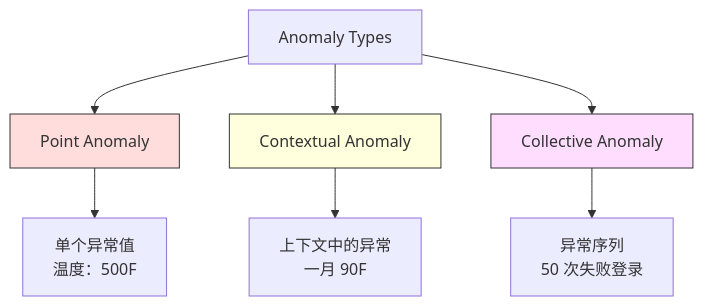
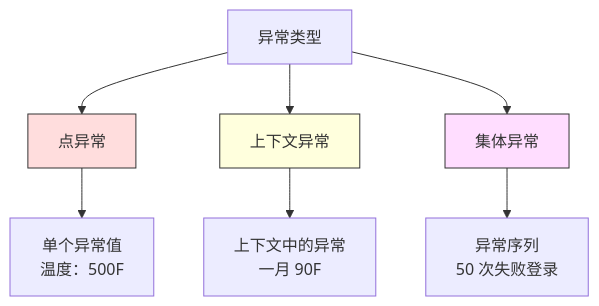
One commit to huangyue12120/Learning-Atlas changed the first of 3 diagrams in content/translations/practice/02-ml-fundamentals/16-anomaly-detection/zh.md. Above: the diagram before and after it, drawn with Mermaid. The commit also changed other lines of this file and 24 other files, not shown here.

Commit message:
fix(reader): localize Mermaid in source content

````diff
--- a/content/translations/practice/02-ml-fundamentals/16-anomaly-detection/zh.md
+++ b/content/translations/practice/02-ml-fundamentals/16-anomaly-detection/zh.md
@@ -48,14 +48,14 @@
 ```mermaid
 flowchart TD
-    A[Anomaly Types] --> B[Point Anomaly]
-    A --> C[Contextual Anomaly]
-    A --> D[Collective Anomaly]
+    A[异常类型] --> B[点异常]
+    A --> C[上下文异常]
+    A --> D[集体异常]
 
     B --> B1["单个异常值<br/>温度：500F"]
     C --> C1["上下文中的异常<br/>一月 90F"]
     D --> D1["异常序列<br/>50 次失败登录"]
 
     style B fill:#fdd,stroke:#333
     style C fill:#ffd,stroke:#333
     style D fill:#fdf,stroke:#333
 ```
````
